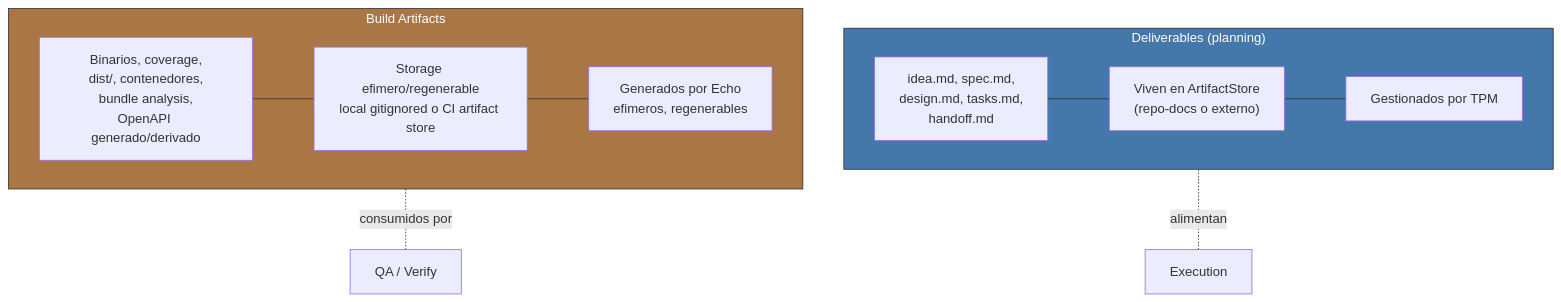
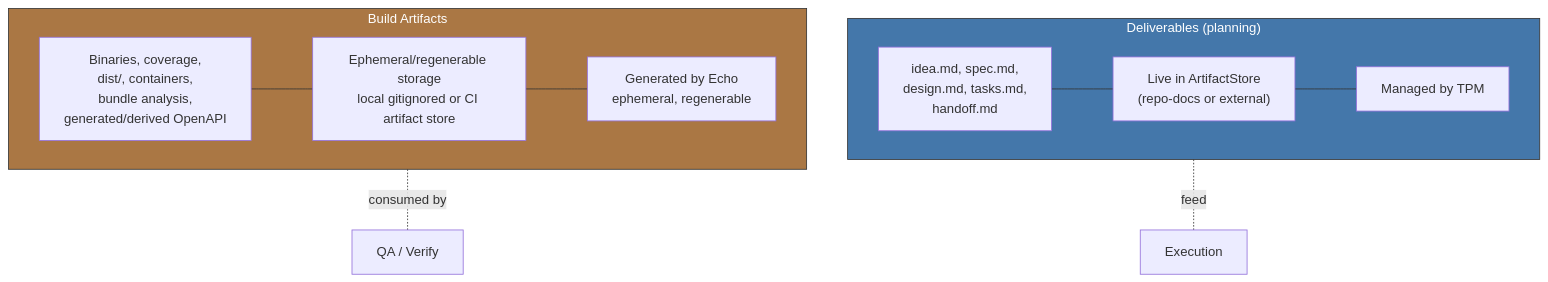
Before and after one commit to virgenherrera/virgil: the diagram in principia/sections/11-deliverables-vs-artifacts.md, drawn with Mermaid. The commit also changed other lines of this file and 42 other files, not shown here.

````diff
--- a/principia/sections/11-deliverables-vs-artifacts.md
+++ b/principia/sections/11-deliverables-vs-artifacts.md
@@ -34,23 +34,23 @@
 ```mermaid
 flowchart TD
     subgraph DELIVERABLES["Deliverables (planning)"]
         PA["idea.md, spec.md,\ndesign.md, tasks.md,\nhandoff.md"]
-        PA_WHERE["Viven en ArtifactStore\n(repo-docs o externo)"]
-        PA_WHO["Gestionados por TPM"]
+        PA_WHERE["Live in ArtifactStore\n(repo-docs or external)"]
+        PA_WHO["Managed by TPM"]
     end
 
     subgraph BUILDART["Build Artifacts"]
-        BA["Binarios, coverage,\ndist/, contenedores,\nbundle analysis,\nOpenAPI generado/derivado"]
-        BA_WHERE["Storage efimero/regenerable\nlocal gitignored o CI artifact store"]
-        BA_WHO["Generados por Echo\nefimeros, regenerables"]
+        BA["Binaries, coverage,\ndist/, containers,\nbundle analysis,\ngenerated/derived OpenAPI"]
+        BA_WHERE["Ephemeral/regenerable storage\nlocal gitignored or CI artifact store"]
+        BA_WHO["Generated by Echo\nephemeral, regenerable"]
     end
 
     PA --- PA_WHERE --- PA_WHO
     BA --- BA_WHERE --- BA_WHO
 
-    DELIVERABLES -.-|"alimentan"| EXECUTION["Execution"]
-    BUILDART -.-|"consumidos por"| QA["QA / Verify"]
+    DELIVERABLES -.-|"feed"| EXECUTION["Execution"]
+    BUILDART -.-|"consumed by"| QA["QA / Verify"]
 
     style DELIVERABLES fill:#47a,stroke:#333,color:#fff
     style BUILDART fill:#a74,stroke:#333,color:#fff
 ```
````
